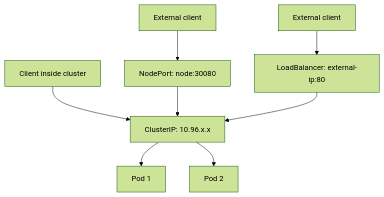
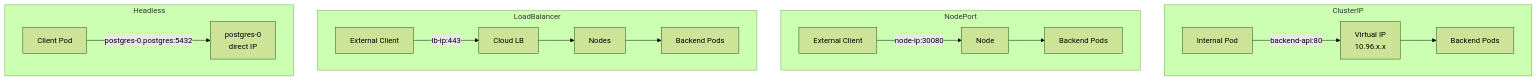
Before and after one commit to greg4fun/kubernetesrecipes.github.io: the diagram in src/content/recipes/kubernetes-service-types-explained.md, drawn with Mermaid (forest theme). The commit also changed other lines of this file and 9 other files, not shown here.

````diff
--- a/src/content/recipes/kubernetes-service-types-explained.md
+++ b/src/content/recipes/kubernetes-service-types-explained.md
@@ -108,10 +91,15 @@
 ```mermaid
 graph TD
-    A[Client inside cluster] --> B[ClusterIP: 10.96.x.x]
-    B --> C[Pod 1]
-    B --> D[Pod 2]
-    E[External client] --> F[NodePort: node:30080]
-    F --> B
-    G[External client] --> H[LoadBalancer: external-ip:80]
-    H --> B
+    subgraph ClusterIP
+        INTERNAL[Internal Pod] -->|backend-api:80| CIP[Virtual IP<br/>10.96.x.x] --> BACKENDS[Backend Pods]
+    end
+    subgraph NodePort
+        EXTERNAL1[External Client] -->|node-ip:30080| NP[Node] --> BACKENDS2[Backend Pods]
+    end
+    subgraph LoadBalancer
+        EXTERNAL2[External Client] -->|lb-ip:443| LB[Cloud LB] --> NODES[Nodes] --> BACKENDS3[Backend Pods]
+    end
+    subgraph Headless
+        CLIENT[Client Pod] -->|postgres-0.postgres:5432| POD0[postgres-0<br/>direct IP]
+    end
 ```
````
